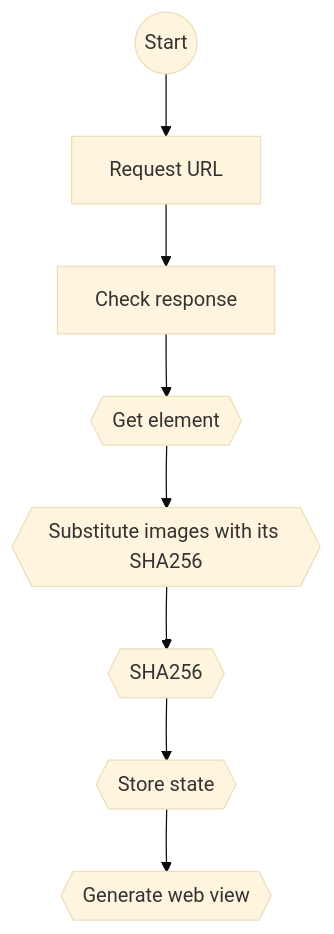
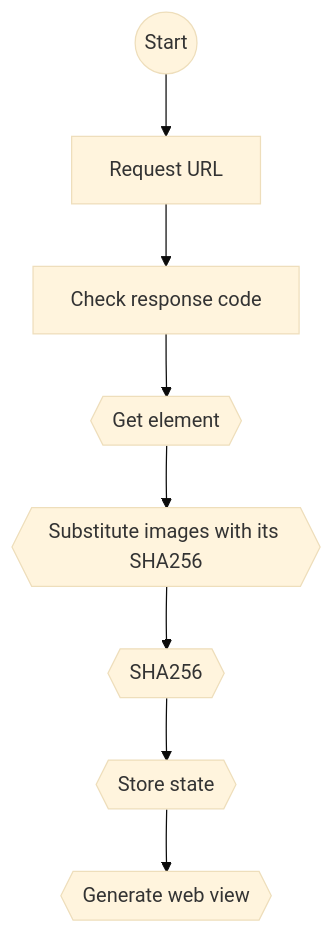
Before and after one commit to igorosky/web-observer: the diagram in README.md, drawn with Mermaid (base theme). The commit also changed 5 other files, not shown here.

````diff
--- a/README.md
+++ b/README.md
@@ -4,10 +4,10 @@
 ```mermaid
 flowchart TD
     Start@{shape: circle} --> Request
     Request[Request URL] --> Check_respose
-    Check_respose[Check response] --> Get_element
+    Check_respose[Check response code] --> Get_element
     Get_element{{Get element}} --> Substitute_images{{Substitute images with its SHA256}}
     Substitute_images --> SHA256{{SHA256}}
     SHA256 --> Store{{Store state}}
     Store --> Web_view{{Generate web view}}
 ```
````
